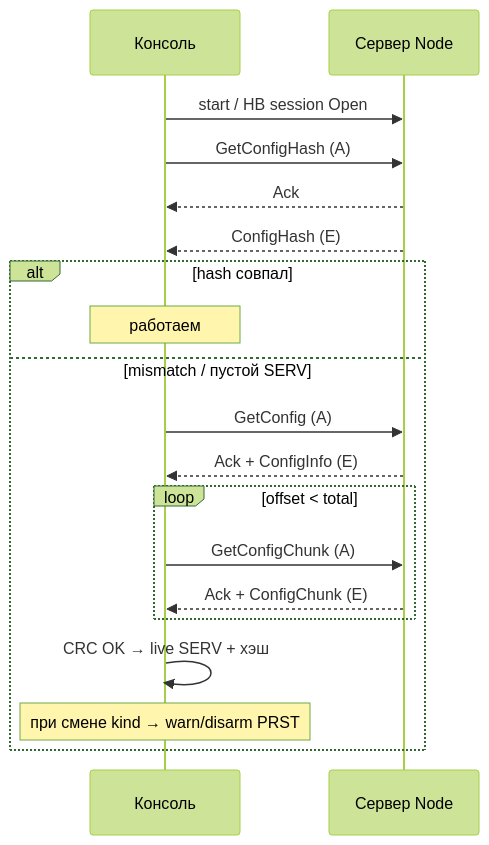
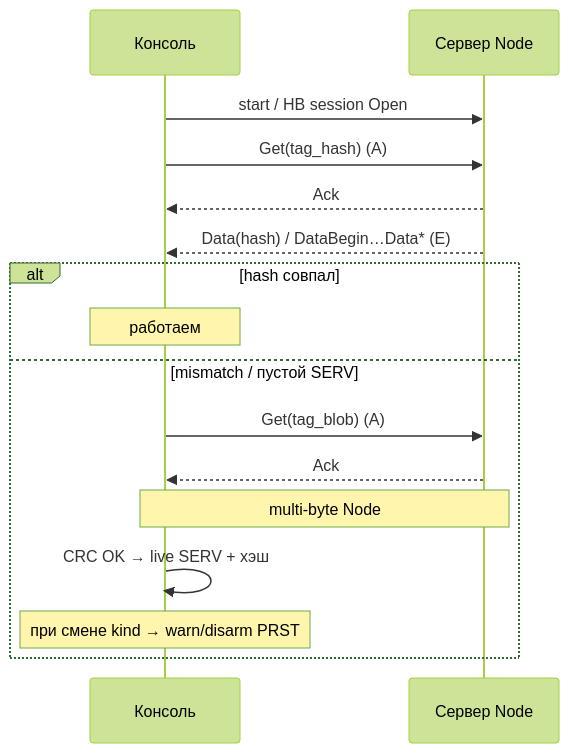
Before and after one commit to gleykinmyu/Embedded: the fifth of 7 diagrams in PUMS/Console/src/smcp/SYSTEM.md, drawn with Mermaid (forest theme). The commit also changed other lines of this file and 106 other files, not shown here.

````diff
--- a/PUMS/Console/src/smcp/SYSTEM.md
+++ b/PUMS/Console/src/smcp/SYSTEM.md
@@ -107,22 +261,19 @@
 ```mermaid
 sequenceDiagram
   participant C as Консоль
   participant S as Сервер Node
 
   C->>S: start / HB session Open
-  C->>S: GetConfigHash (A)
+  C->>S: Get(tag_hash) (A)
   S-->>C: Ack
-  S-->>C: ConfigHash (E)
+  S-->>C: Data(hash) / DataBegin…Data* (E)
   alt hash совпал
     Note over C: работаем
   else mismatch / пустой SERV
-    C->>S: GetConfig (A)
-    S-->>C: Ack + ConfigInfo (E)
-    loop offset < total
-      C->>S: GetConfigChunk (A)
-      S-->>C: Ack + ConfigChunk (E)
-    end
+    C->>S: Get(tag_blob) (A)
+    S-->>C: Ack
+    Note over C,S: multi-byte Node
     C->>C: CRC OK → live SERV + хэш
     Note over C: при смене kind → warn/disarm PRST
   end
 ```
````
